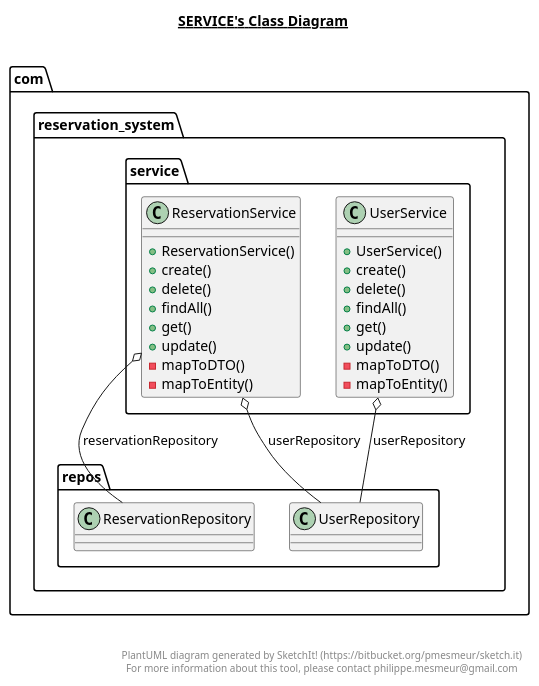
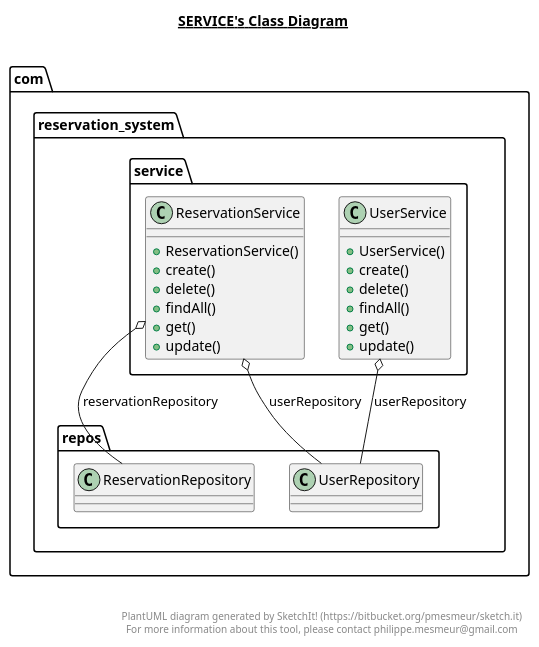
The diagram in src/main/java/com/reservation_system/service/service.plantuml (adam112henry/reservation-system), drawn with PlantUML before and after one commit. The commit also changed 27 other files, not shown here.

```diff
--- a/src/main/java/com/reservation_system/service/service.plantuml
+++ b/src/main/java/com/reservation_system/service/service.plantuml
@@ -1,49 +1,45 @@
 @startuml
 
 title __SERVICE's Class Diagram__\n
 
   namespace com.reservation_system {
     namespace service {
       class com.reservation_system.service.ReservationService {
           + ReservationService()
           + create()
           + delete()
           + findAll()
           + get()
           + update()
-          - mapToDTO()
-          - mapToEntity()
       }
     }
   }
   
 
   namespace com.reservation_system {
     namespace service {
       class com.reservation_system.service.UserService {
           + UserService()
           + create()
           + delete()
           + findAll()
           + get()
           + update()
-          - mapToDTO()
-          - mapToEntity()
       }
     }
   }
   
 
   com.reservation_system.service.ReservationService o-- com.reservation_system.repos.ReservationRepository : reservationRepository
   com.reservation_system.service.ReservationService o-- com.reservation_system.repos.UserRepository : userRepository
   com.reservation_system.service.UserService o-- com.reservation_system.repos.UserRepository : userRepository
 
 
 right footer
 
 
 PlantUML diagram generated by SketchIt! (https://bitbucket.org/pmesmeur/sketch.it)
 For more information about this tool, please contact philippe.mesmeur@gmail.com
 endfooter
 
 @enduml
```
